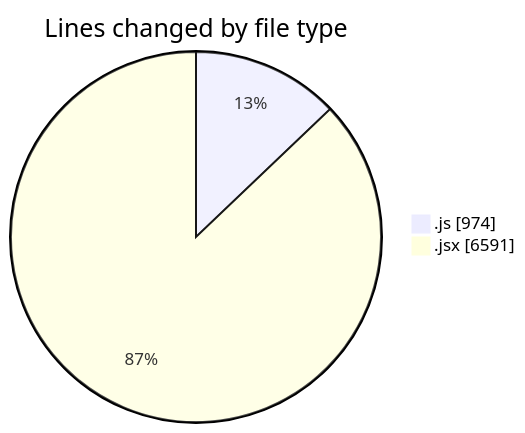
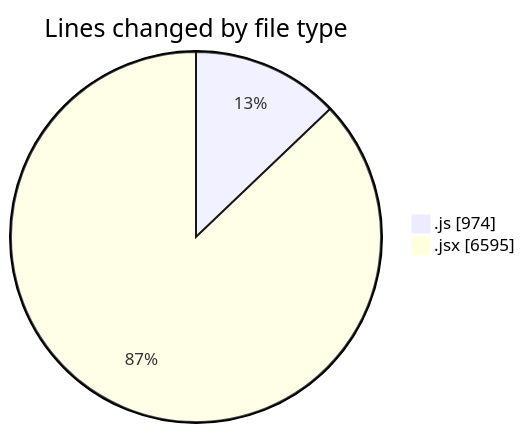
Before and after one commit to nxtqubesakshisongat/code-tracking: the first of 2 diagrams in 2025-12-05/nxtqube_webapp/README.md, drawn with Mermaid. The commit also changed other lines of this file and 1 other file, not shown here.

````diff
--- a/2025-12-05/nxtqube_webapp/README.md
+++ b/2025-12-05/nxtqube_webapp/README.md
@@ -26,6 +26,6 @@
 ```mermaid
 pie showData
 title Lines changed by file type
 ".js" : 974
-".jsx" : 6591
+".jsx" : 6595
 ```
````
